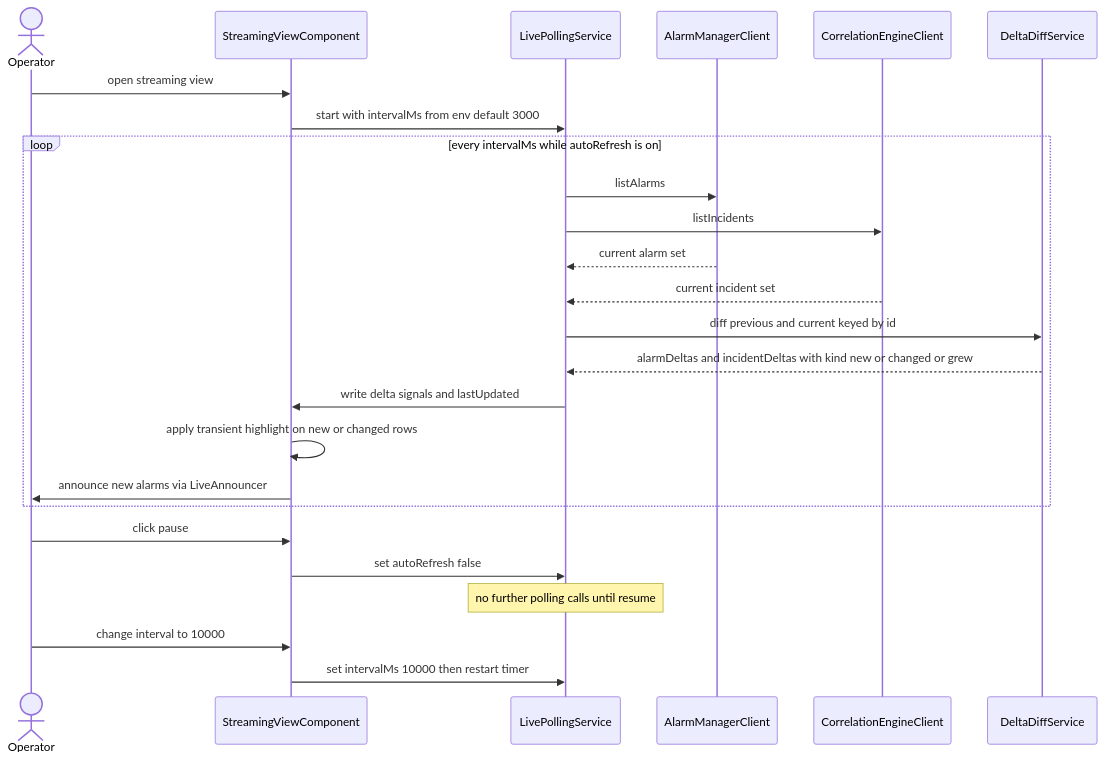
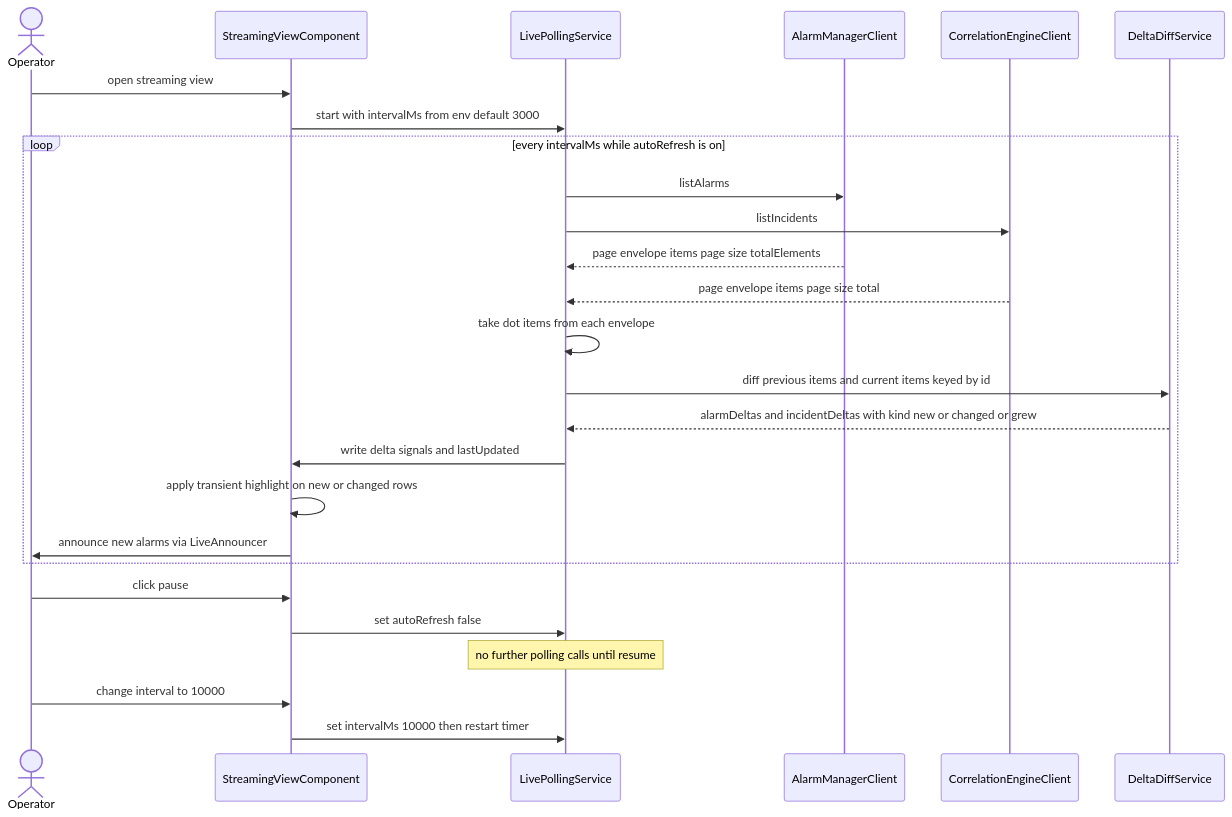
The fourth of 13 diagrams in services/web-ui/design.md (nikhilmohan/correlation-platform), drawn with Mermaid before and after one commit. The commit also changed other lines of this file, not shown here.

````diff
--- a/services/web-ui/design.md
+++ b/services/web-ui/design.md
@@ -485,27 +706,28 @@
 ```mermaid
 sequenceDiagram
   actor Operator
   participant View as StreamingViewComponent
   participant LPS as LivePollingService
   participant AMC as AlarmManagerClient
   participant CEC as CorrelationEngineClient
   participant Diff as DeltaDiffService
   Operator->>View: open streaming view
   View->>LPS: start with intervalMs from env default 3000
   loop every intervalMs while autoRefresh is on
     LPS->>AMC: listAlarms
     LPS->>CEC: listIncidents
-    AMC-->>LPS: current alarm set
-    CEC-->>LPS: current incident set
-    LPS->>Diff: diff previous and current keyed by id
+    AMC-->>LPS: page envelope items page size totalElements
+    CEC-->>LPS: page envelope items page size total
+    LPS->>LPS: take dot items from each envelope
+    LPS->>Diff: diff previous items and current items keyed by id
     Diff-->>LPS: alarmDeltas and incidentDeltas with kind new or changed or grew
     LPS->>View: write delta signals and lastUpdated
     View->>View: apply transient highlight on new or changed rows
     View->>Operator: announce new alarms via LiveAnnouncer
   end
   Operator->>View: click pause
   View->>LPS: set autoRefresh false
   Note over LPS: no further polling calls until resume
   Operator->>View: change interval to 10000
   View->>LPS: set intervalMs 10000 then restart timer
 ```
````
